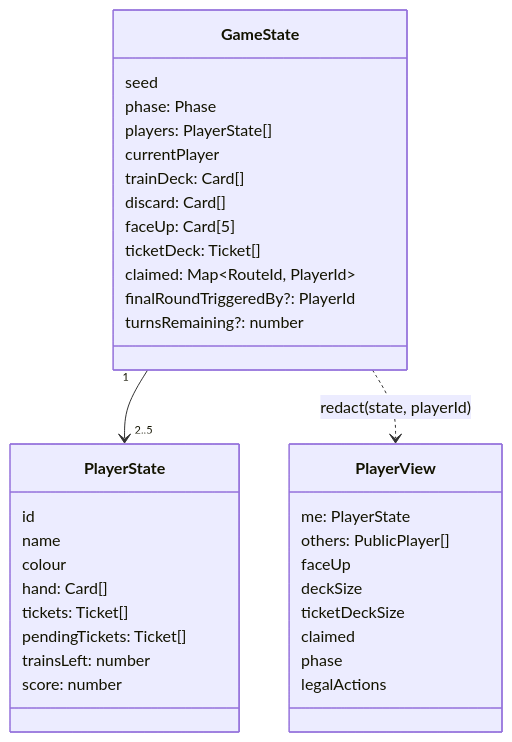
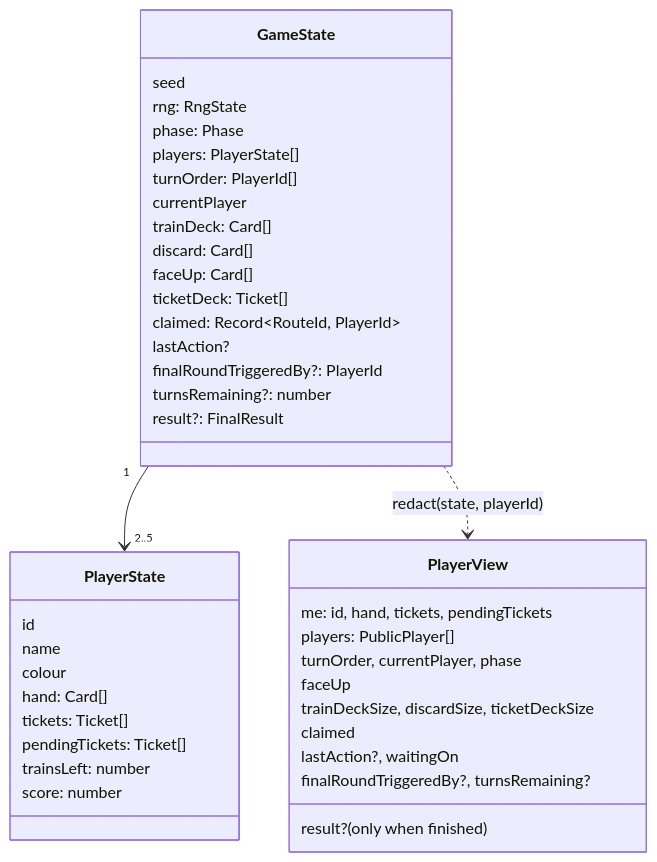
The second of 4 diagrams in docs/architecture.md (dettonijr/ticket-to-ride), drawn with Mermaid before and after one commit. The commit also changed other lines of this file and 3 other files, not shown here.

First line of the commit message:
Review: test rules, glossary wording and architecture doc drift

````diff
--- a/docs/architecture.md
+++ b/docs/architecture.md
@@ -85,38 +90,43 @@
 ```mermaid
 classDiagram
   class GameState {
     seed
+    rng: RngState
     phase: Phase
     players: PlayerState[]
+    turnOrder: PlayerId[]
     currentPlayer
     trainDeck: Card[]
     discard: Card[]
-    faceUp: Card[5]
+    faceUp: Card[]
     ticketDeck: Ticket[]
-    claimed: Map~RouteId, PlayerId~
+    claimed: Record~RouteId, PlayerId~
+    lastAction?
     finalRoundTriggeredBy?: PlayerId
     turnsRemaining?: number
+    result?: FinalResult
   }
   class PlayerState {
     id
     name
     colour
     hand: Card[]
     tickets: Ticket[]
     pendingTickets: Ticket[]
     trainsLeft: number
     score: number
   }
   class PlayerView {
-    me: PlayerState
-    others: PublicPlayer[]
+    me: id, hand, tickets, pendingTickets
+    players: PublicPlayer[]
+    turnOrder, currentPlayer, phase
     faceUp
-    deckSize
-    ticketDeckSize
+    trainDeckSize, discardSize, ticketDeckSize
     claimed
-    phase
-    legalActions
+    lastAction?, waitingOn
+    finalRoundTriggeredBy?, turnsRemaining?
+    result? (only when finished)
   }
   GameState "1" --> "2..5" PlayerState
   GameState ..> PlayerView : redact(state, playerId)
 ```
````
